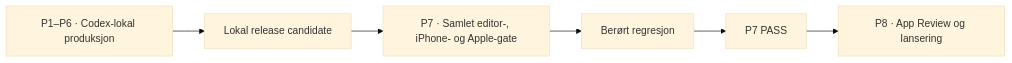
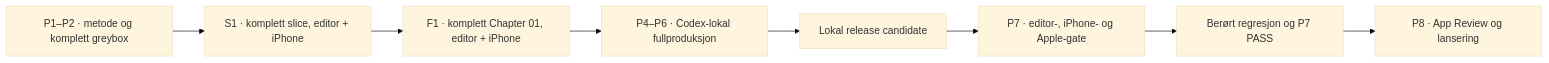
One commit to bstandal/europa-long-journey changed the diagram in native/WORK_BREAKDOWN.md. Above: the diagram before and after it, drawn with Mermaid (base theme). The commit also changed other lines of this file and 7 other files, not shown here.

````diff
--- a/native/WORK_BREAKDOWN.md
+++ b/native/WORK_BREAKDOWN.md
@@ -96,8 +104,10 @@
 ```mermaid
 flowchart LR
-    A["P1–P6 · Codex-lokal produksjon"] --> B["Lokal release candidate"]
-    B --> C["P7 · Samlet editor-, iPhone- og Apple-gate"]
-    C --> D["Berørt regresjon"]
-    D --> E["P7 PASS"]
-    E --> F["P8 · App Review og lansering"]
+    A["P1–P2 · metode og komplett greybox"] --> B["S1 · komplett slice, editor + iPhone"]
+    B --> C["F1 · komplett Chapter 01, editor + iPhone"]
+    C --> D["P4–P6 · Codex-lokal fullproduksjon"]
+    D --> E["Lokal release candidate"]
+    E --> F["P7 · editor-, iPhone- og Apple-gate"]
+    F --> G["Berørt regresjon og P7 PASS"]
+    G --> H["P8 · App Review og lansering"]
 ```
````
